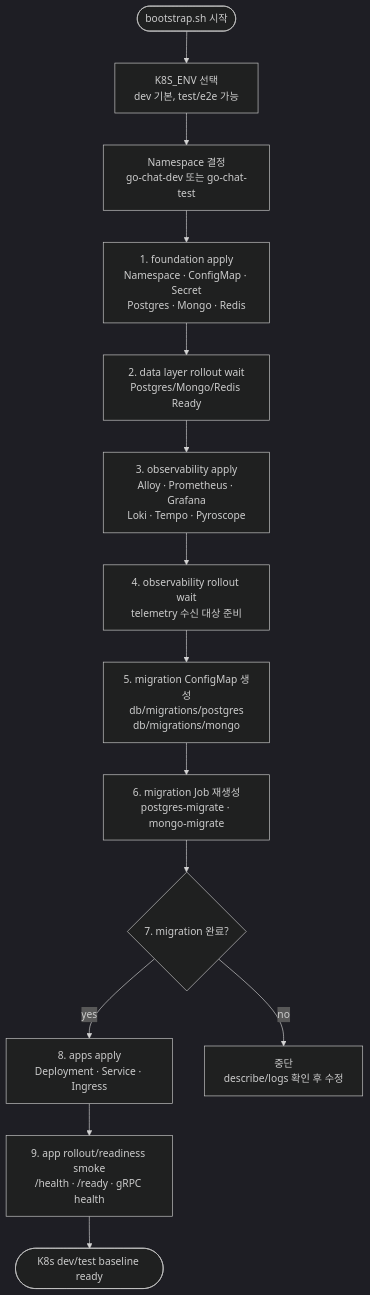
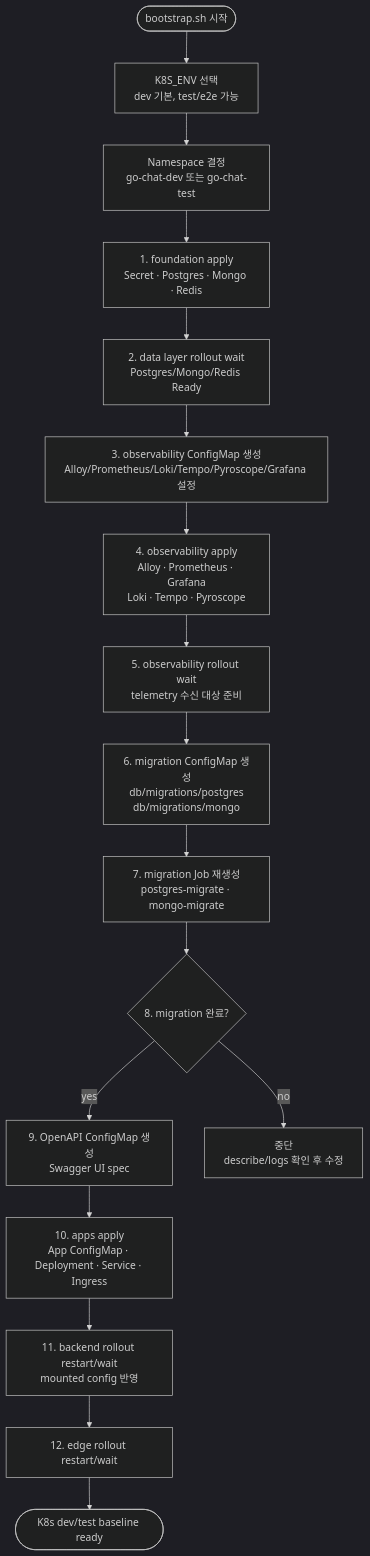
The diagram in docs/diagrams/flow-k8s-bootstrap.mmd (happyhun/go-chat-msa), drawn with Mermaid (dark theme) before and after one commit. The commit also changed 4 other files, not shown here.

```diff
--- a/docs/diagrams/flow-k8s-bootstrap.mmd
+++ b/docs/diagrams/flow-k8s-bootstrap.mmd
@@ -1,26 +1,29 @@
 flowchart TB
     Start([bootstrap.sh 시작])
 
     Env["K8S_ENV 선택<br/>dev 기본, test/e2e 가능"]
     NS["Namespace 결정<br/>go-chat-dev 또는 go-chat-test"]
 
-    Foundation["1. foundation apply<br/>Namespace · ConfigMap · Secret<br/>Postgres · Mongo · Redis"]
+    Foundation["1. foundation apply<br/>Secret · Postgres · Mongo · Redis"]
     DataWait["2. data layer rollout wait<br/>Postgres/Mongo/Redis Ready"]
 
-    Observability["3. observability apply<br/>Alloy · Prometheus · Grafana<br/>Loki · Tempo · Pyroscope"]
-    ObsWait["4. observability rollout wait<br/>telemetry 수신 대상 준비"]
+    ObservabilityCM["3. observability ConfigMap 생성<br/>Alloy/Prometheus/Loki/Tempo/Pyroscope/Grafana 설정"]
+    Observability["4. observability apply<br/>Alloy · Prometheus · Grafana<br/>Loki · Tempo · Pyroscope"]
+    ObsWait["5. observability rollout wait<br/>telemetry 수신 대상 준비"]
 
-    MigrationCM["5. migration ConfigMap 생성<br/>db/migrations/postgres<br/>db/migrations/mongo"]
-    MigrationJob["6. migration Job 재생성<br/>postgres-migrate · mongo-migrate"]
-    MigrationWait{"7. migration 완료?"}
+    MigrationCM["6. migration ConfigMap 생성<br/>db/migrations/postgres<br/>db/migrations/mongo"]
+    MigrationJob["7. migration Job 재생성<br/>postgres-migrate · mongo-migrate"]
+    MigrationWait{"8. migration 완료?"}
 
-    Apps["8. apps apply<br/>Deployment · Service · Ingress"]
-    AppWait["9. app rollout/readiness smoke<br/>/health · /ready · gRPC health"]
+    OpenAPICM["9. OpenAPI ConfigMap 생성<br/>Swagger UI spec"]
+    Apps["10. apps apply<br/>App ConfigMap · Deployment · Service · Ingress"]
+    BackendRestart["11. backend rollout restart/wait<br/>mounted config 반영"]
+    EdgeRestart["12. edge rollout restart/wait"]
     Done([K8s dev/test baseline ready])
 
     Fail["중단<br/>describe/logs 확인 후 수정"]
 
-    Start --> Env --> NS --> Foundation --> DataWait --> Observability --> ObsWait
+    Start --> Env --> NS --> Foundation --> DataWait --> ObservabilityCM --> Observability --> ObsWait
     ObsWait --> MigrationCM --> MigrationJob --> MigrationWait
-    MigrationWait -- "yes" --> Apps --> AppWait --> Done
+    MigrationWait -- "yes" --> OpenAPICM --> Apps --> BackendRestart --> EdgeRestart --> Done
     MigrationWait -- "no" --> Fail
```
